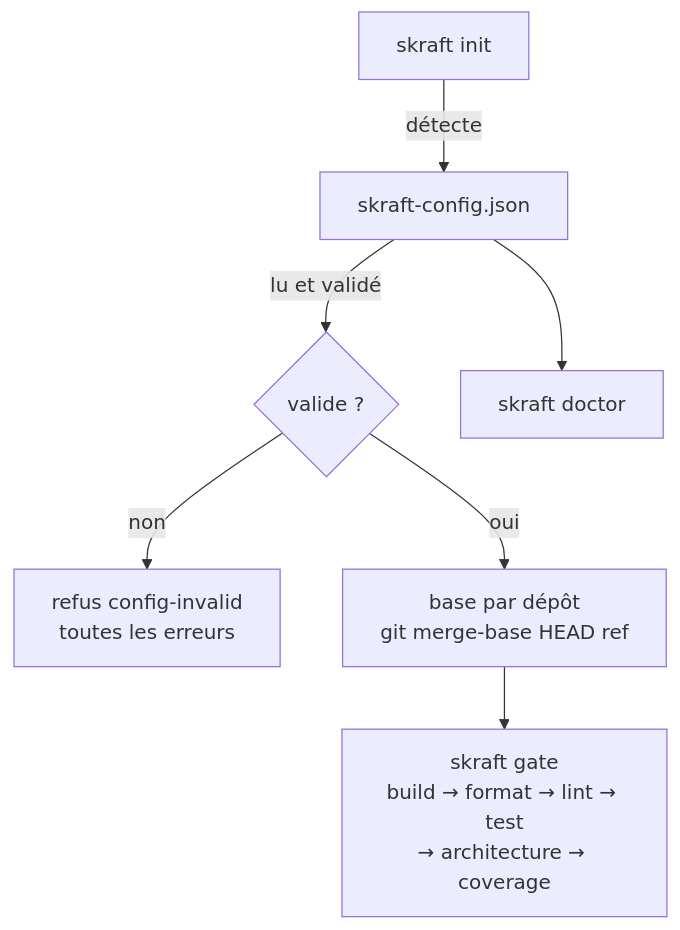
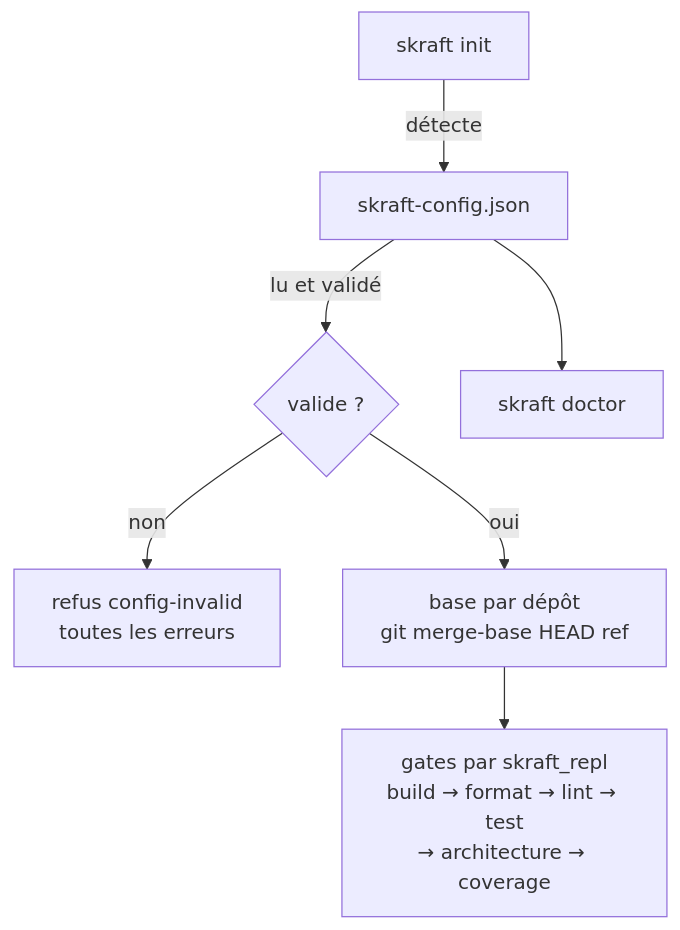
Before and after one commit to SebastienDegodez/skraft-plugin: the diagram in docs/website/i18n/fr/docusaurus-plugin-content-docs/current/reference/skraft-config.md, drawn with Mermaid. The commit also changed other lines of this file and 78 other files, not shown here.

Commit message:
docs!: the handbook describes quality evidence, not the gates node, skraft_gate nor the engine's mutation (EN and FR)

````diff
--- a/docs/website/i18n/fr/docusaurus-plugin-content-docs/current/reference/skraft-config.md
+++ b/docs/website/i18n/fr/docusaurus-plugin-content-docs/current/reference/skraft-config.md
@@ -33,9 +33,9 @@
 ```mermaid
 flowchart TD
     I[skraft init] -->|détecte| F[skraft-config.json]
     F -->|lu et validé| V{valide ?}
     V -->|non| R[refus config-invalid<br/>toutes les erreurs]
     V -->|oui| B[base par dépôt<br/>git merge-base HEAD ref]
-    B --> G[skraft gate<br/>build → format → lint → test<br/>→ architecture → coverage]
+    B --> G[gates par skraft_repl<br/>build → format → lint → test<br/>→ architecture → coverage]
     F --> D[skraft doctor]
 ```
````
